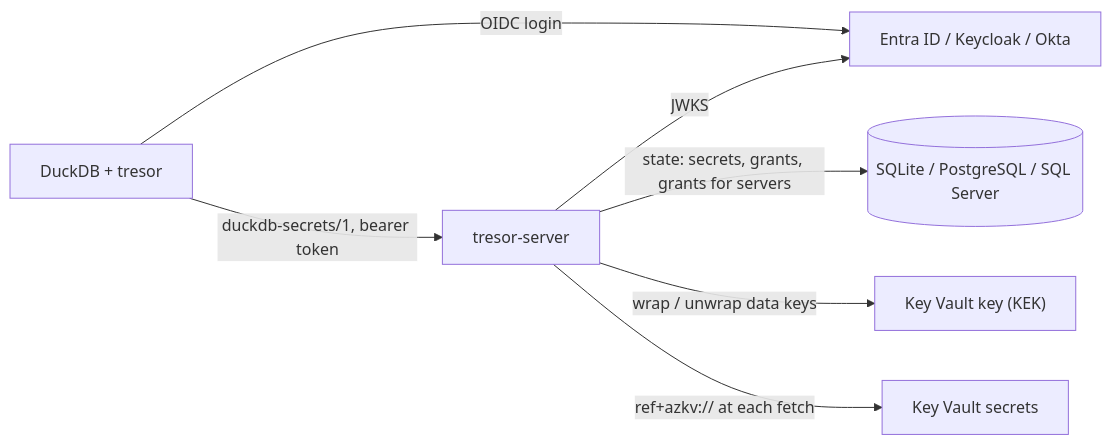
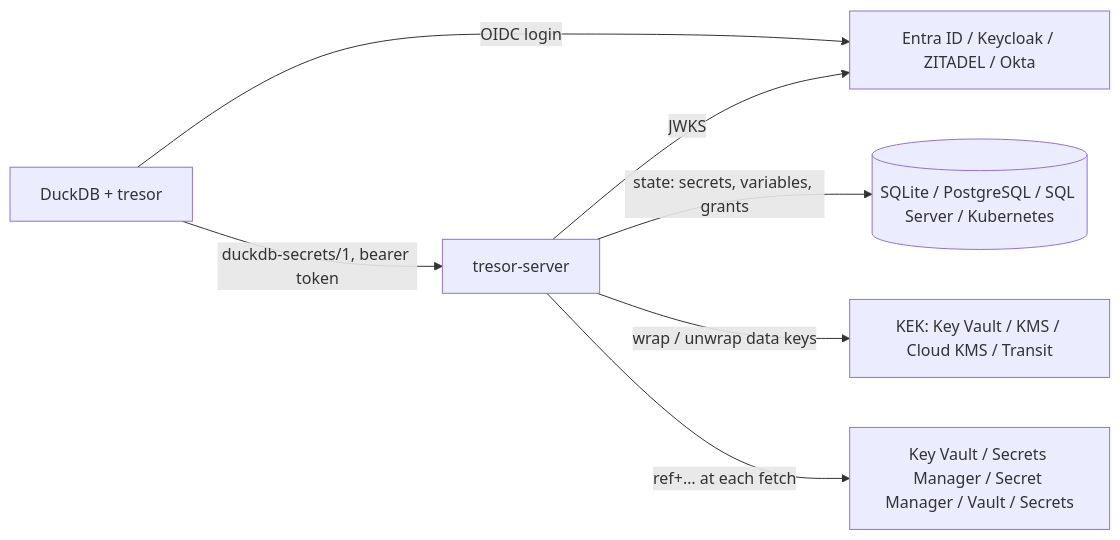
Before and after one commit to hugr-lab/tresor-server: the diagram in website/docs/index.md, drawn with Mermaid. The commit also changed other lines of this file and 28 other files, not shown here.

````diff
--- a/website/docs/index.md
+++ b/website/docs/index.md
@@ -38,9 +44,9 @@
 ```mermaid
 flowchart LR
   duckdb["DuckDB + tresor"] -- "duckdb-secrets/1, bearer token" --> svc["tresor-server"]
-  duckdb -- "OIDC login" --> idp["Entra ID / Keycloak / Okta"]
+  duckdb -- "OIDC login" --> idp["Entra ID / Keycloak / ZITADEL / Okta"]
   svc -- "JWKS" --> idp
-  svc -- "state: secrets, grants, grants for servers" --> db[("SQLite / PostgreSQL / SQL Server")]
-  svc -- "wrap / unwrap data keys" --> kek["Key Vault key (KEK)"]
-  svc -- "ref+azkv:// at each fetch" --> kv["Key Vault secrets"]
+  svc -- "state: secrets, variables, grants" --> db[("SQLite / PostgreSQL / SQL Server / Kubernetes")]
+  svc -- "wrap / unwrap data keys" --> kek["KEK: Key Vault / KMS / Cloud KMS / Transit"]
+  svc -- "ref+… at each fetch" --> kv["Key Vault / Secrets Manager / Secret Manager / Vault / Secrets"]
 ```
````
